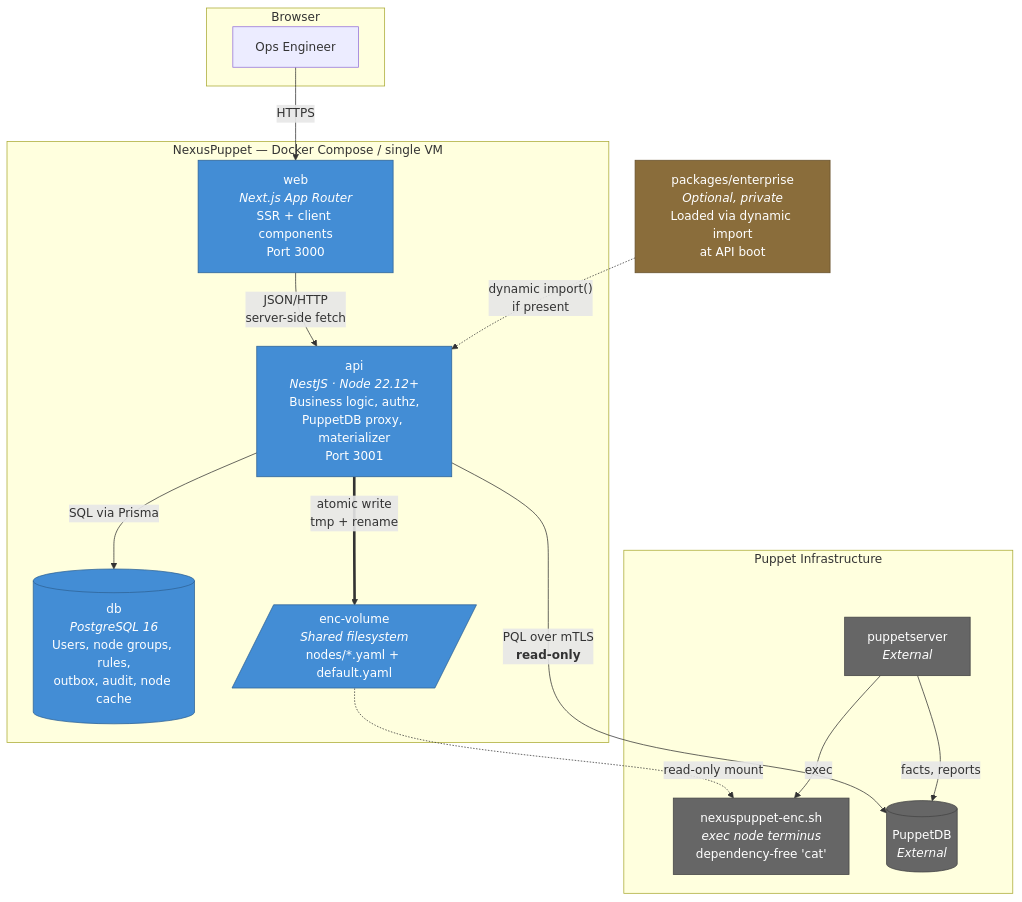
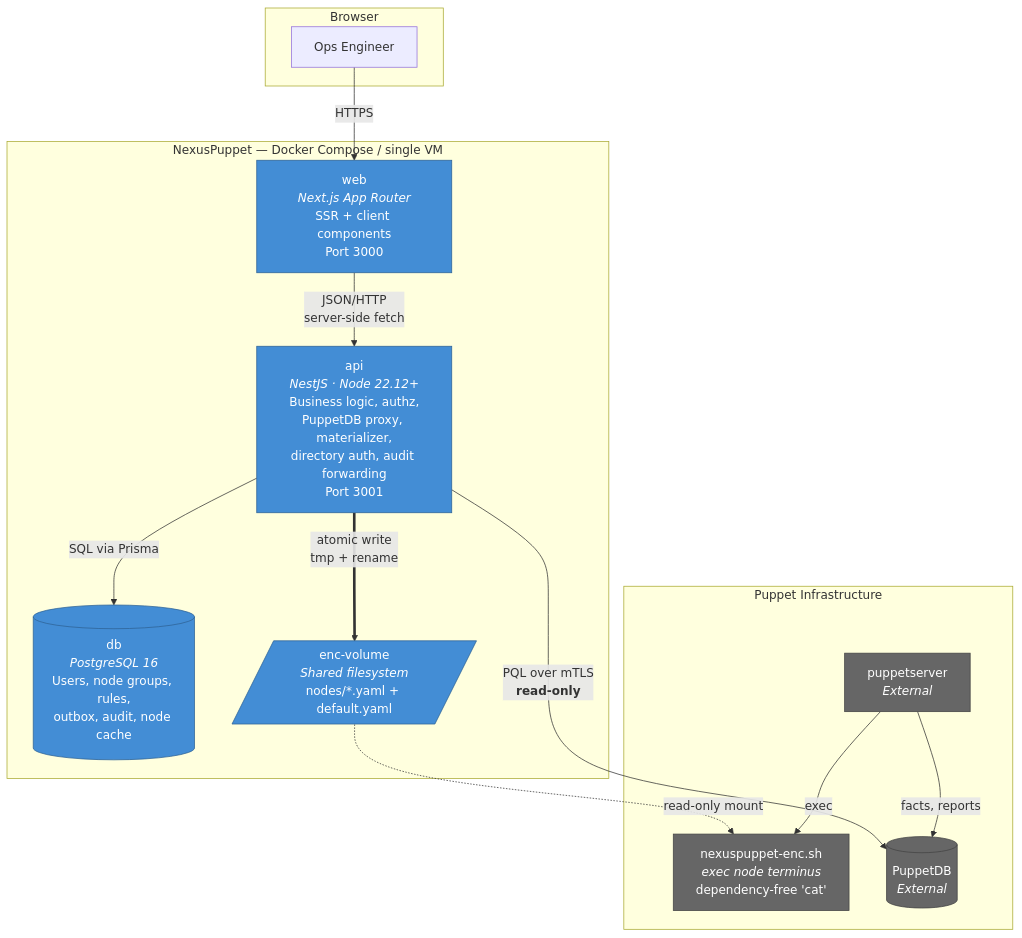
The diagram in docs/architecture/c4-l2-container.md (eth-man/nexuspuppet), drawn with Mermaid before and after one commit. The commit also changed other lines of this file and 187 other files, not shown here.

````diff
--- a/docs/architecture/c4-l2-container.md
+++ b/docs/architecture/c4-l2-container.md
@@ -3,40 +3,35 @@
 ```mermaid
 graph TB
     subgraph browser["Browser"]
         ui["Ops Engineer"]
     end
 
     subgraph np["NexusPuppet — Docker Compose / single VM"]
         web["web<br/><i>Next.js App Router</i><br/>SSR + client components<br/>Port 3000"]
-        api["api<br/><i>NestJS · Node 22.12+</i><br/>Business logic, authz,<br/>PuppetDB proxy, materializer<br/>Port 3001"]
+        api["api<br/><i>NestJS · Node 22.12+</i><br/>Business logic, authz,<br/>PuppetDB proxy, materializer,<br/>directory auth, audit forwarding<br/>Port 3001"]
         db[("db<br/><i>PostgreSQL 16</i><br/>Users, node groups, rules,<br/>outbox, audit, node cache")]
         vol[/"enc-volume<br/><i>Shared filesystem</i><br/>nodes/*.yaml + default.yaml"/]
     end
 
     subgraph puppet["Puppet Infrastructure"]
         psrv["puppetserver<br/><i>External</i>"]
         enc_sh["nexuspuppet-enc.sh<br/><i>exec node terminus</i><br/>dependency-free 'cat'"]
         pdb[("PuppetDB<br/><i>External</i>")]
     end
 
-    ent["packages/enterprise<br/><i>Optional, private</i><br/>Loaded via dynamic import<br/>at API boot"]
-
     ui -->|"HTTPS"| web
     web -->|"JSON/HTTP<br/>server-side fetch"| api
     api -->|"SQL via Prisma"| db
     api -->|"PQL over mTLS<br/><b>read-only</b>"| pdb
     api ==>|"atomic write<br/>tmp + rename"| vol
     vol -.->|"read-only mount"| enc_sh
     psrv -->|"exec"| enc_sh
     psrv -->|"facts, reports"| pdb
-    ent -.->|"dynamic import()<br/>if present"| api
 
     classDef container fill:#438dd5,stroke:#2e6295,color:#fff
     classDef store fill:#438dd5,stroke:#2e6295,color:#fff
     classDef external fill:#666,stroke:#444,color:#fff
-    classDef optional fill:#8a6d3b,stroke:#66512c,color:#fff
     class web,api container
     class db,vol store
     class psrv,pdb,enc_sh external
-    class ent optional
 ```
````
